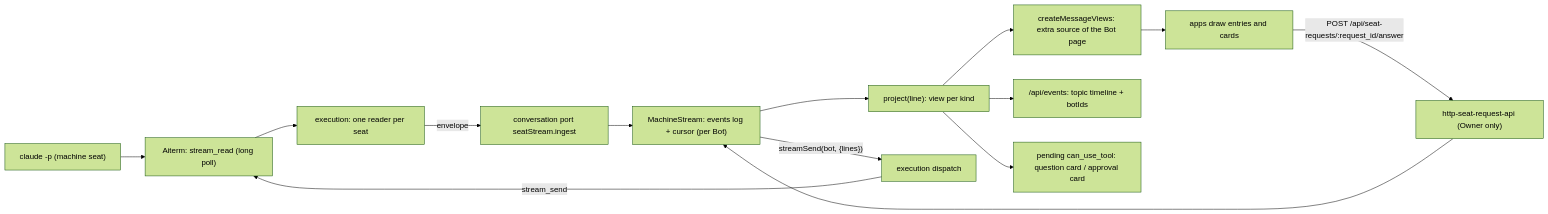
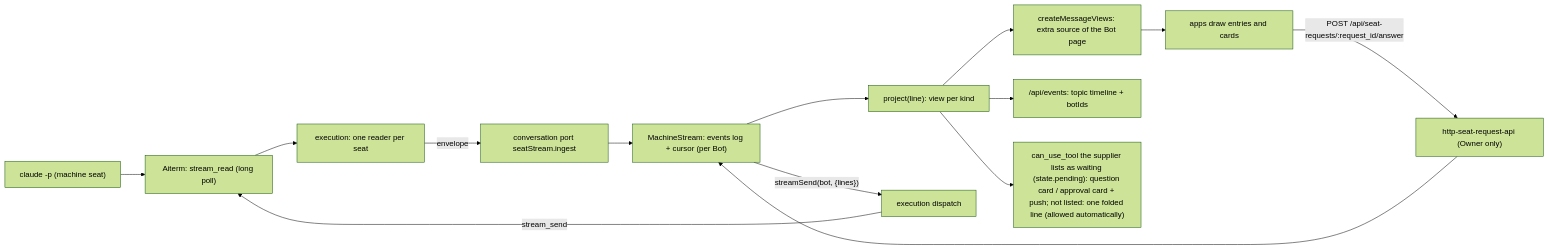
The first of 11 diagrams in docs/architecture/modules/conversation/machine-stream.md (kitepon/BellTeam), drawn with Mermaid (forest theme) before and after one commit. The commit also changed other lines of this file and 2 other files, not shown here.

Commit message:
a471-auto-approval-noise: a request the seat answers itself pushes nothing and is one folded line; tool summary is the command or file, not raw JSON

````diff
--- a/docs/architecture/modules/conversation/machine-stream.md
+++ b/docs/architecture/modules/conversation/machine-stream.md
@@ -18,16 +18,16 @@
 ```mermaid
 flowchart LR
   Seat["claude -p (machine seat)"] --> Aiterm["Aiterm: stream_read (long poll)"]
   Aiterm --> Exec["execution: one reader per seat"]
   Exec -->|"envelope"| Port["conversation port seatStream.ingest"]
   Port --> Store["MachineStream: events log + cursor (per Bot)"]
   Store --> Project["project(line): view per kind"]
   Project --> Views["createMessageViews: extra source of the Bot page"]
   Project --> SSE["/api/events: topic timeline + botIds"]
-  Project --> Cards["pending can_use_tool: question card / approval card"]
+  Project --> Cards["can_use_tool the supplier lists as waiting (state.pending): question card / approval card + push; not listed: one folded line (allowed automatically)"]
   Views --> Apps["apps draw entries and cards"]
   Apps -->|"POST /api/seat-requests/:request_id/answer"| Api["http-seat-request-api (Owner only)"]
   Api --> Store
   Store -->|"streamSend(bot, {lines})"| Exec2["execution dispatch"]
   Exec2 -->|"stream_send"| Aiterm
 ```
````
